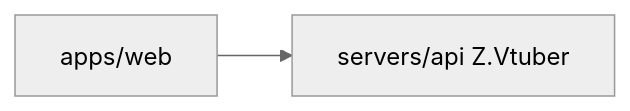
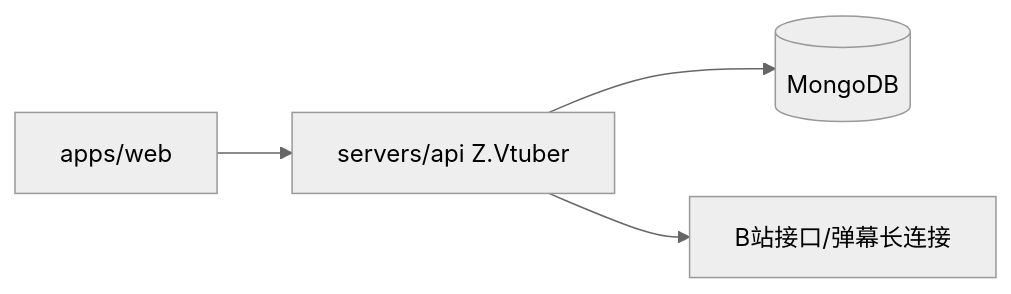
One commit to Deliay/z-vtuber changed the diagram in servers/api/AGENTS.md. Above: the diagram before and after it, drawn with Mermaid (neutral theme). The commit also changed other lines of this file and 33 other files, not shown here.

````diff
--- a/servers/api/AGENTS.md
+++ b/servers/api/AGENTS.md
@@ -11,4 +13,6 @@
 ```mermaid
 graph LR
     Web[apps/web] --> API[servers/api Z.Vtuber]
+    API --> M[(MongoDB)]
+    API --> BILI[B站接口/弹幕长连接]
 ```
````
